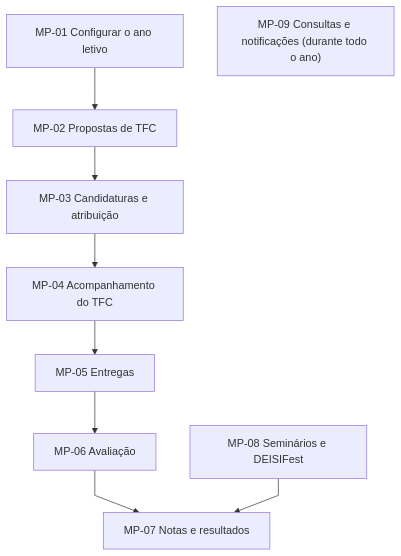
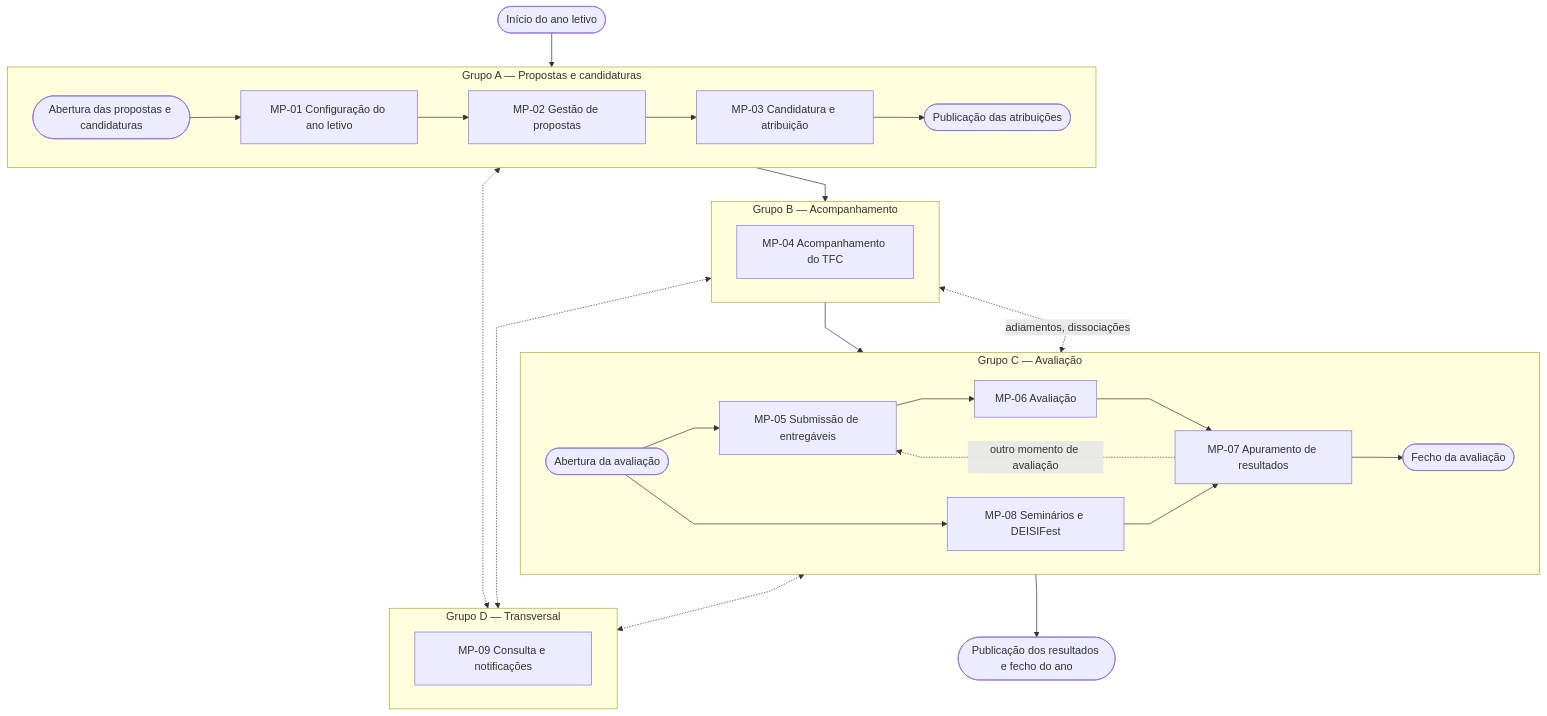
One commit to ULHT-TFC-new/tfc-reporting-DEISI2256 changed the first of 17 diagrams in docs/05_casos_de_uso.md. Above: the diagram before and after it, drawn with Mermaid. The commit also changed other lines of this file, not shown here.

````diff
--- a/docs/05_casos_de_uso.md
+++ b/docs/05_casos_de_uso.md
@@ -58,18 +73,40 @@
 ```mermaid
 %%{init: {"flowchart": {"curve": "linear"}}}%%
 flowchart TB
-    classDef ator fill:#dbe7f5,stroke:#2f4f7f,stroke-width:2px,color:#13253f
-    classDef uc fill:#ffffff,stroke:#666,color:#222
-    M1["MP-01 Configurar o ano letivo"]
-    M2["MP-02 Propostas de TFC"]
-    M3["MP-03 Candidaturas e atribuição"]
-    M4["MP-04 Acompanhamento do TFC"]
-    M5["MP-05 Entregas"]
-    M6["MP-06 Avaliação"]
-    M8["MP-08 Seminários e DEISIFest"]
-    M7["MP-07 Notas e resultados"]
-    M9["MP-09 Consultas e notificações (durante todo o ano)"]
+    start_ano(["Início do ano letivo"])
+    subgraph CAND["Grupo A — Propostas e candidaturas"]
+        start_cand(["Abertura das propostas e candidaturas"])
+        M1["MP-01 Configuração do ano letivo"]
+        M2["MP-02 Gestão de propostas"]
+        M3["MP-03 Candidatura e atribuição"]
+        stop_cand(["Publicação das atribuições"])
+    end
+    subgraph ACOMP["Grupo B — Acompanhamento"]
+        M4["MP-04 Acompanhamento do TFC"]
+    end
+    subgraph AVAL["Grupo C — Avaliação"]
+        start_eval(["Abertura da avaliação"])
+        M5["MP-05 Submissão de entregáveis"]
+        M6["MP-06 Avaliação"]
+        M8["MP-08 Seminários e DEISIFest"]
+        M7["MP-07 Apuramento de resultados"]
+        stop_eval(["Fecho da avaliação"])
+    end
+    subgraph TRANSV["Grupo D — Transversal"]
+        M9["MP-09 Consulta e notificações"]
+    end
+    stop_ano(["Publicação dos resultados e fecho do ano"])
 
-    M1 --> M2 --> M3 --> M4 --> M5 --> M6 --> M7
-    M8 --> M7
+    start_ano --> CAND
+    start_cand --> M1 --> M2 --> M3 --> stop_cand
+    CAND --> ACOMP
+    ACOMP --> AVAL
+    start_eval --> M5 --> M6 --> M7 --> stop_eval
+    start_eval --> M8 --> M7
+    M7 -.->|"outro momento de avaliação"| M5
+    ACOMP <-.->|"adiamentos, dissociações"| AVAL
+    CAND <-.-> TRANSV
+    ACOMP <-.-> TRANSV
+    AVAL <-.-> TRANSV
+    AVAL --> stop_ano
 ```
````
